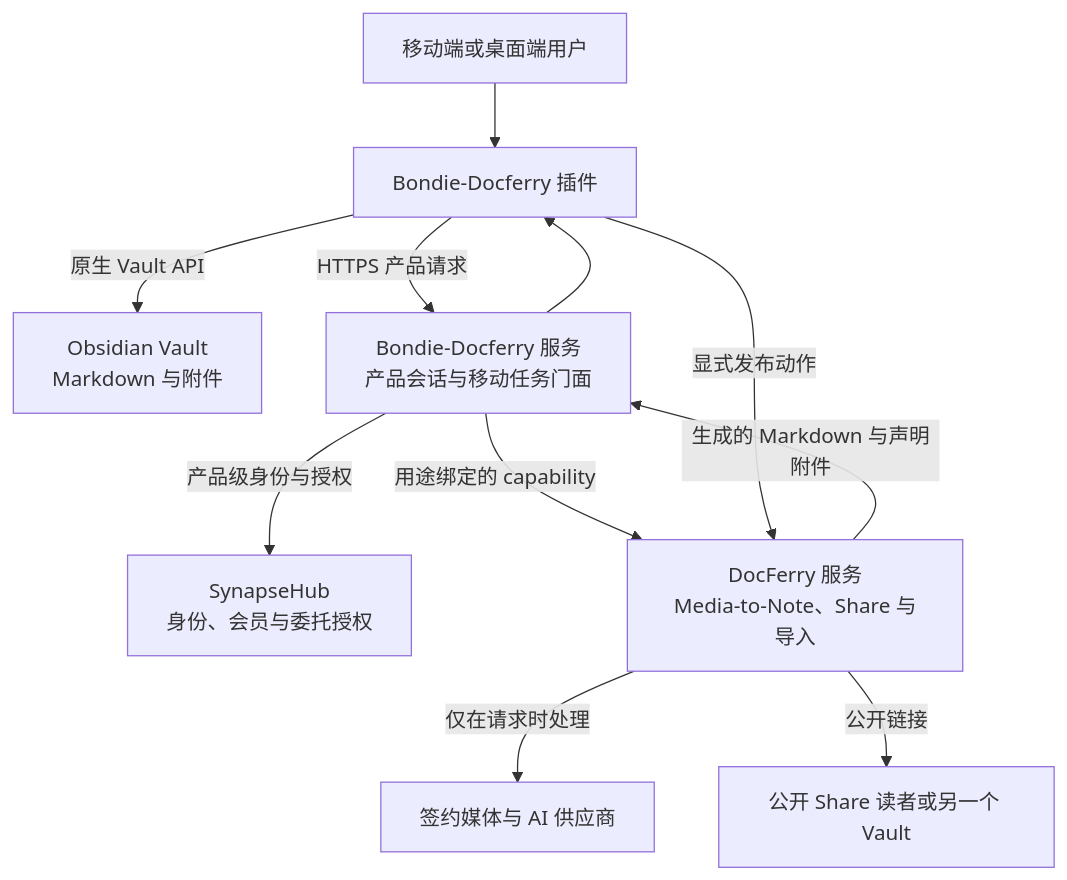
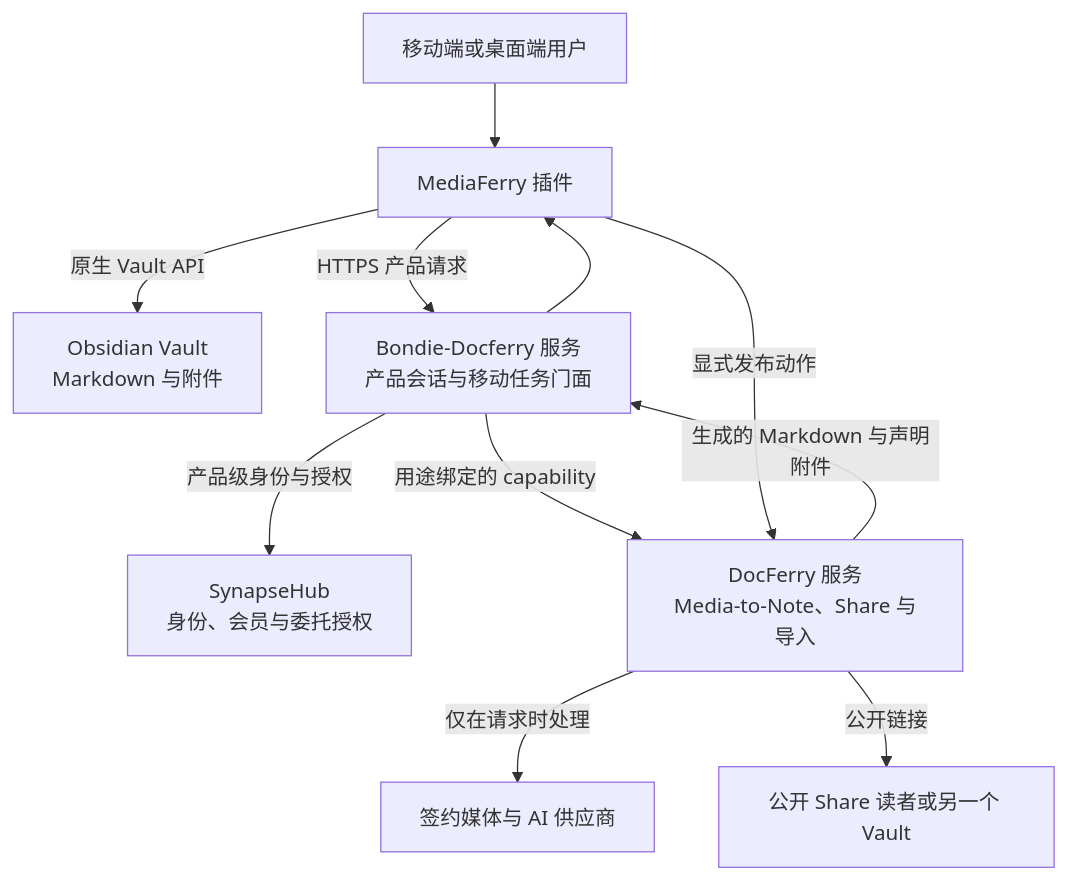
Before and after one commit to fyaic/Bondie-Docferry-Obsidian-Plugin: the first of 2 diagrams in ENGINEERING.zh-CN.md, drawn with Mermaid. The commit also changed other lines of this file and 12 other files, not shown here.

First line of the commit message:
feat: rename plugin from Bondie-Docferry to MediaFerry

````diff
--- a/ENGINEERING.zh-CN.md
+++ b/ENGINEERING.zh-CN.md
@@ -16,22 +23,22 @@
 ```mermaid
 flowchart TB
     User["移动端或桌面端用户"]
-    Plugin["Bondie-Docferry 插件"]
+    Plugin["MediaFerry 插件"]
     Vault["Obsidian Vault\nMarkdown 与附件"]
     Bondie["Bondie-Docferry 服务\n产品会话与移动任务门面"]
     Hub["SynapseHub\n身份、会员与委托授权"]
     DocFerry["DocFerry 服务\nMedia-to-Note、Share 与导入"]
     Providers["签约媒体与 AI 供应商"]
     Reader["公开 Share 读者或另一个 Vault"]
 
     User --> Plugin
     Plugin -->|"原生 Vault API"| Vault
     Plugin -->|"HTTPS 产品请求"| Bondie
     Bondie -->|"产品级身份与授权"| Hub
     Bondie -->|"用途绑定的 capability"| DocFerry
     DocFerry -->|"仅在请求时处理"| Providers
     DocFerry -->|"生成的 Markdown 与声明附件"| Bondie
     Bondie --> Plugin
     Plugin -->|"显式发布动作"| DocFerry
     DocFerry -->|"公开链接"| Reader
 ```
````
